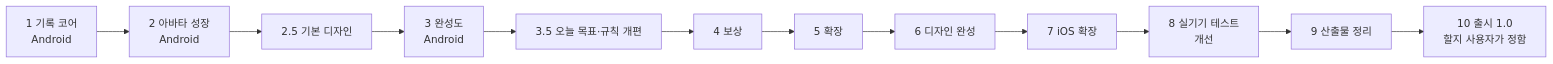
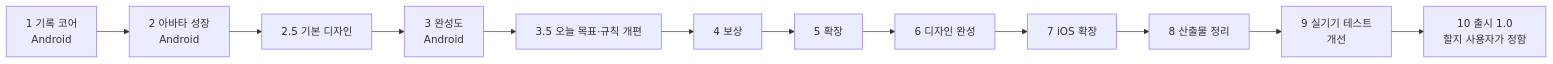
Before and after one commit to dhkim1522/runmagochi: the diagram in docs/roadmap.md, drawn with Mermaid. The commit also changed other lines of this file and 3 other files, not shown here.

Commit message:
docs: 산출물 정리를 페이즈 8, 실기기 테스트를 페이즈 9 로 순서 변경 (결정 0035)

````diff
--- a/docs/roadmap.md
+++ b/docs/roadmap.md
@@ -13,14 +13,14 @@
 ```mermaid
 flowchart LR
     P1["1 기록 코어<br/>Android"] --> P2["2 아바타 성장<br/>Android"]
     P2 --> P25["2.5 기본 디자인"]
     P25 --> P3["3 완성도<br/>Android"]
     P3 --> P35["3.5 오늘 목표·규칙 개편"]
     P35 --> P4["4 보상"]
     P4 --> P5["5 확장"]
     P5 --> P6["6 디자인 완성"]
     P6 --> P7["7 iOS 확장"]
-    P7 --> P8["8 실기기 테스트<br/>개선"]
-    P8 --> P9["9 산출물 정리"]
+    P7 --> P8["8 산출물 정리"]
+    P8 --> P9["9 실기기 테스트<br/>개선"]
     P9 --> P10["10 출시 1.0<br/>할지 사용자가 정함"]
 ```
````
